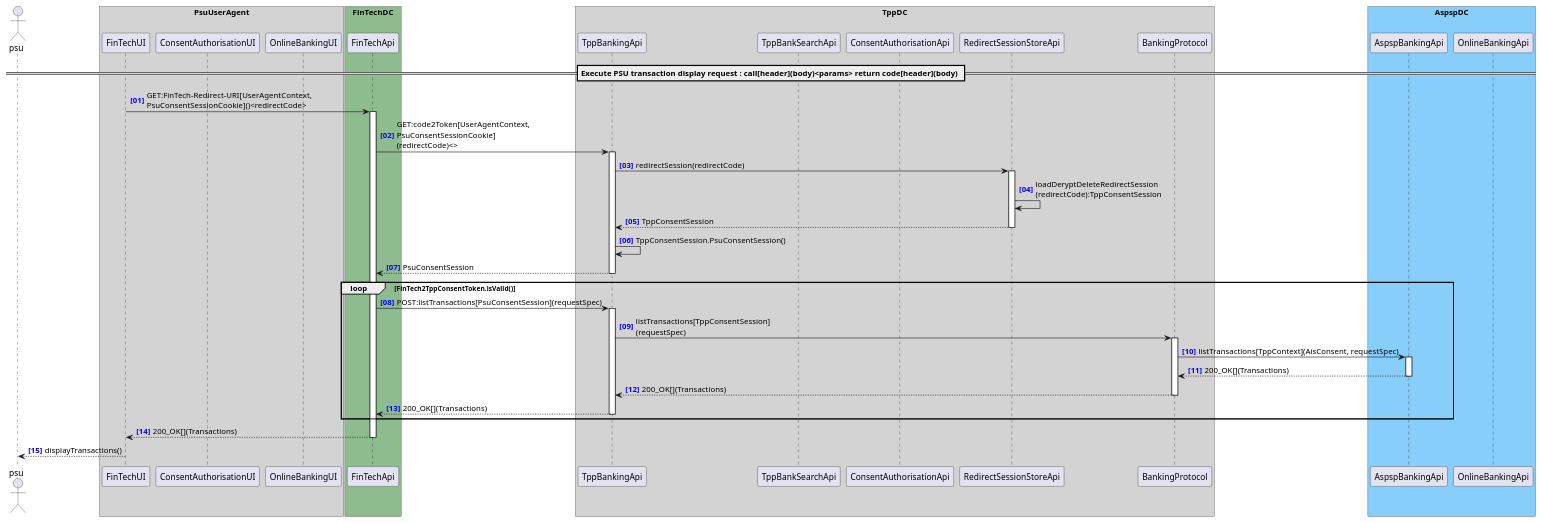
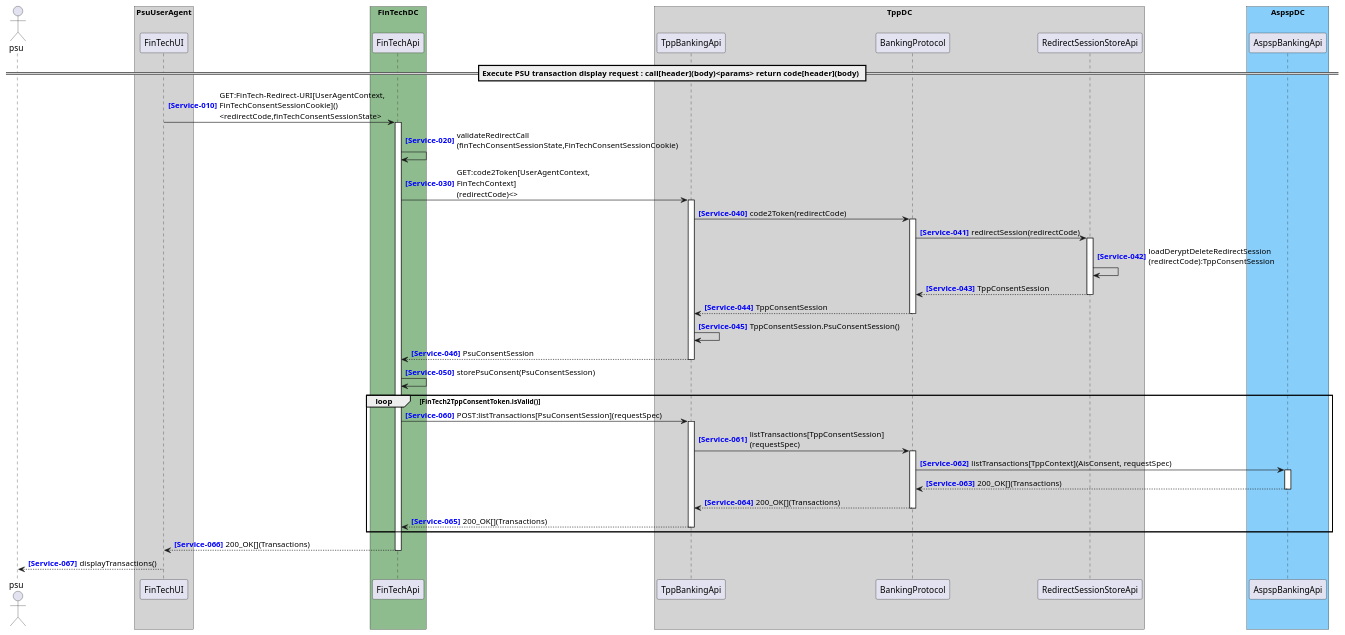
Before and after one commit to adorsys/open-banking-gateway: the diagram in docs/architecture/diagrams/useCases/6-consume_api.puml, drawn with PlantUML. The commit also changed 7 other files, not shown here.

```diff
--- a/docs/architecture/diagrams/useCases/6-consume_api.puml
+++ b/docs/architecture/diagrams/useCases/6-consume_api.puml
@@ -1,46 +1,53 @@
 @startuml
 
-autonumber "<b><color blue>[00]"
+autonumber 10 10 "<b><color blue>[Service-000]"
 actor psu
 
 box "PsuUserAgent" #LightGray
     participant "FinTechUI" as FinTechUI
-    participant "ConsentAuthorisationUI" as ConsentAuthorisationUI
-    participant "OnlineBankingUI" as OnlineBankingUI
+    'participant "ConsentAuthorisationUI" as ConsentAuthorisationUI
+    'participant "OnlineBankingUI" as OnlineBankingUI
 end box
 box "FinTechDC" #DarkSeaGreen
     participant "FinTechApi" as FinTechApi
 end box
 box "TppDC" #LightGray
     participant "TppBankingApi" as TppBankingApi
-    participant "TppBankSearchApi" as TppBankSearchApi
-    participant "ConsentAuthorisationApi" as ConsentAuthorisationApi
+    'participant "TppBankSearchApi" as TppBankSearchApi
+    'participant "ConsentAuthorisationApi" as ConsentAuthorisationApi
 
+    participant "BankingProtocol" as BankingProtocol
     participant "RedirectSessionStoreApi" as RedirectSessionStoreApi
-    participant "BankingProtocol" as BankingProtocol
 end box
 box "AspspDC" #LightSkyBlue
 	participant "AspspBankingApi" as AspspBankingApi
-    participant "OnlineBankingApi" as OnlineBankingApi
+    'participant "OnlineBankingApi" as OnlineBankingApi
 end box
 
 == Execute PSU transaction display request : call[header](body)<params> return code[header](body) ==
 
-FinTechUI -> FinTechApi ++ : GET:FinTech-Redirect-URI[UserAgentContext,\nPsuConsentSessionCookie]()<redirectCode>
-FinTechApi -> TppBankingApi ++ : GET:code2Token[UserAgentContext,\nPsuConsentSessionCookie]\n(redirectCode)<>
-TppBankingApi -> RedirectSessionStoreApi ++ : redirectSession(redirectCode)
+FinTechUI -> FinTechApi ++ : GET:FinTech-Redirect-URI[UserAgentContext,\nFinTechConsentSessionCookie]()\n<redirectCode,finTechConsentSessionState>
+FinTechApi -> FinTechApi : validateRedirectCall\n(finTechConsentSessionState,FinTechConsentSessionCookie)
+FinTechApi -> TppBankingApi ++ : GET:code2Token[UserAgentContext,\nFinTechContext]\n(redirectCode)<>
+autonumber 40 1 "<b><color blue>[Service-000]"
+TppBankingApi -> BankingProtocol ++ : code2Token(redirectCode)
+BankingProtocol -> RedirectSessionStoreApi ++ : redirectSession(redirectCode)
 RedirectSessionStoreApi -> RedirectSessionStoreApi : loadDeryptDeleteRedirectSession\n(redirectCode):TppConsentSession
+return TppConsentSession
 return TppConsentSession
 TppBankingApi -> TppBankingApi: TppConsentSession.PsuConsentSession()
 return PsuConsentSession
+autonumber 50 10 "<b><color blue>[Service-000]"
+FinTechApi -> FinTechApi : storePsuConsent(PsuConsentSession)
 loop FinTech2TppConsentToken.isValid()
+    autonumber 60 1 "<b><color blue>[Service-000]"
     FinTechApi -> TppBankingApi ++ : POST:listTransactions[PsuConsentSession](requestSpec)
     TppBankingApi -> BankingProtocol ++ : listTransactions[TppConsentSession]\n(requestSpec) 
     BankingProtocol -> AspspBankingApi ++ : listTransactions[TppContext](AisConsent, requestSpec) 
     return 200_OK[](Transactions)
     return 200_OK[](Transactions)
     return 200_OK[](Transactions)
 end
 return 200_OK[](Transactions)
 FinTechUI --> psu : displayTransactions()
 @enduml
```
